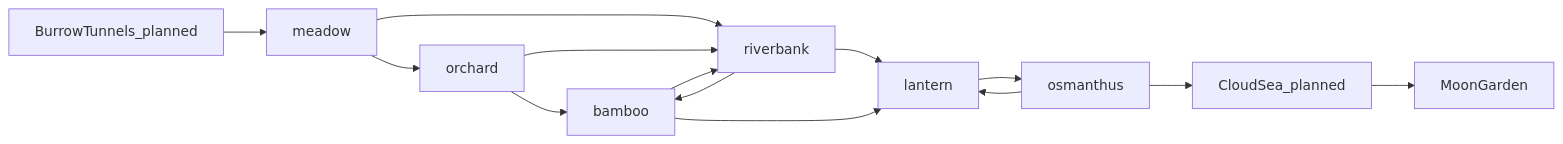
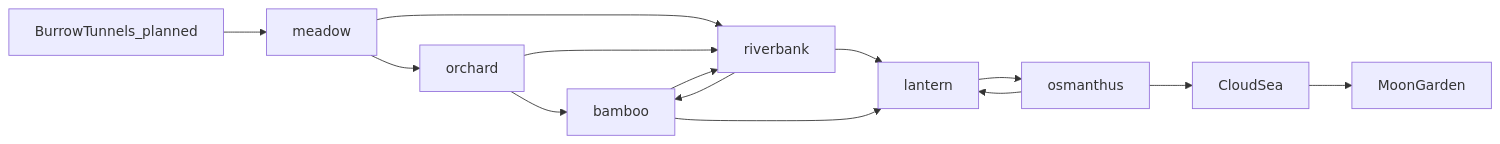
Before and after one commit to HJNWorks/BunnyMeadow: the diagram in docs/universe/biome-graph.md, drawn with Mermaid. The commit also changed other lines of this file and 45 other files, not shown here.

````diff
--- a/docs/universe/biome-graph.md
+++ b/docs/universe/biome-graph.md
@@ -10,16 +10,16 @@
 ```mermaid
 flowchart LR
   tunnels[BurrowTunnels_planned] --> meadow
   meadow --> orchard
   meadow --> riverbank
   orchard --> bamboo
   orchard --> riverbank
   bamboo --> riverbank
   riverbank --> bamboo
   riverbank --> lantern
   bamboo --> lantern
   lantern --> osmanthus
   osmanthus --> lantern
-  osmanthus --> cloudsea[CloudSea_planned]
+  osmanthus --> cloudsea[CloudSea]
   cloudsea --> moon[MoonGarden]
 ```
````
